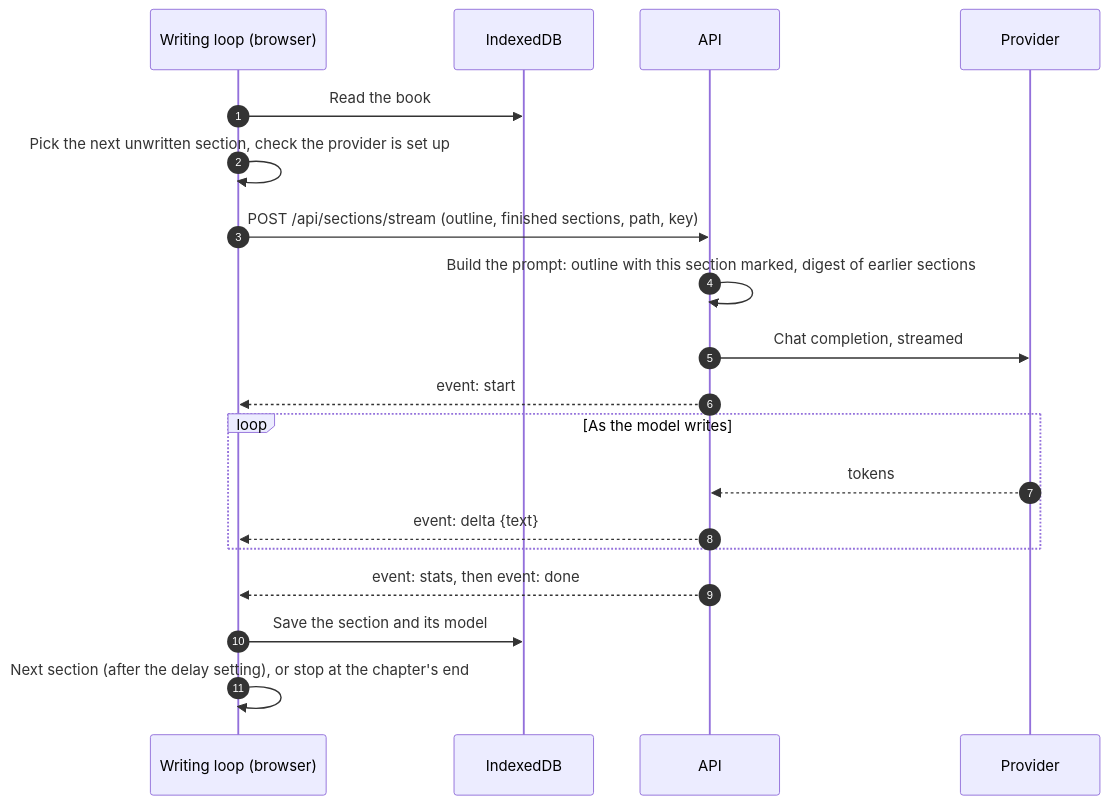
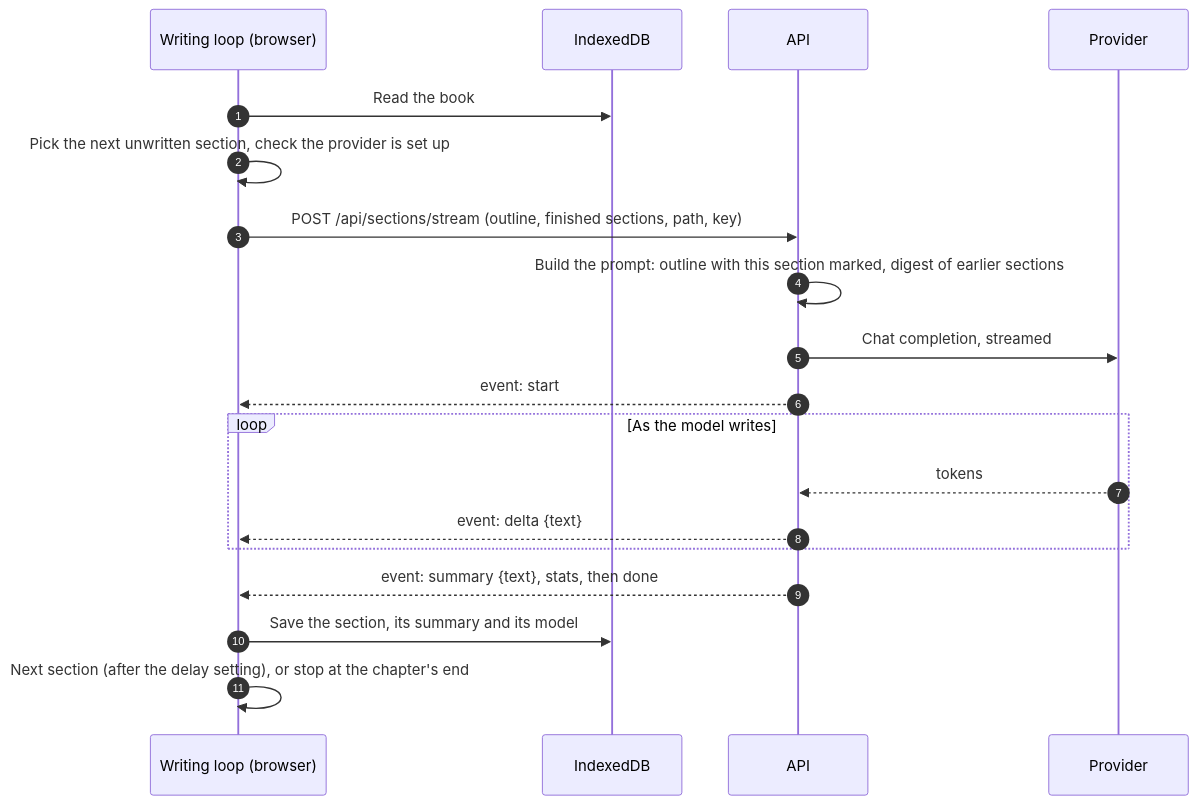
Before and after one commit to Sasivarnasarma/infinite-bookshelf: the third of 5 diagrams in docs/architecture.md, drawn with Mermaid. The commit also changed other lines of this file and 18 other files, not shown here.

````diff
--- a/docs/architecture.md
+++ b/docs/architecture.md
@@ -116,22 +116,22 @@
 ```mermaid
 sequenceDiagram
     autonumber
     participant R as Writing loop (browser)
     participant DB as IndexedDB
     participant A as API
     participant P as Provider
 
     R->>DB: Read the book
     R->>R: Pick the next unwritten section, check the provider is set up
     R->>A: POST /api/sections/stream (outline, finished sections, path, key)
     A->>A: Build the prompt: outline with this section marked, digest of earlier sections
     A->>P: Chat completion, streamed
     A-->>R: event: start
     loop As the model writes
         P-->>A: tokens
         A-->>R: event: delta {text}
     end
-    A-->>R: event: stats, then event: done
-    R->>DB: Save the section and its model
+    A-->>R: event: summary {text}, stats, then done
+    R->>DB: Save the section, its summary and its model
     R->>R: Next section (after the delay setting), or stop at the chapter's end
 ```
````
